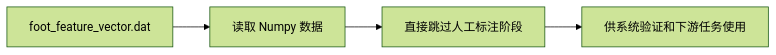
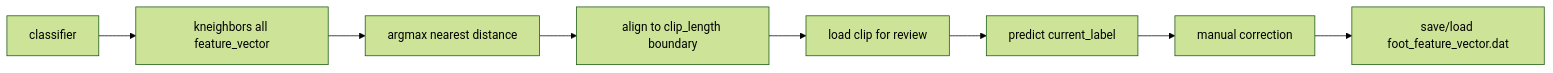
The eighth of 8 diagrams in docs/blog/AnimationPapers/knowing_when_to_put_your_foot_down/README.md (EvihGraphics/AnimationTech-HTC), drawn with Mermaid (forest theme) before and after one commit. The commit also changed other lines of this file and 6 other files, not shown here.

````diff
--- a/docs/blog/AnimationPapers/knowing_when_to_put_your_foot_down/README.md
+++ b/docs/blog/AnimationPapers/knowing_when_to_put_your_foot_down/README.md
@@ -187,6 +196,10 @@
 ```mermaid
 flowchart LR
-    A[foot_feature_vector.dat] --> B[读取 Numpy 数据]
-    B --> C[直接跳过人工标注阶段]
-    C --> D[供系统验证和下游任务使用]
+    A[classifier] --> B[kneighbors all feature_vector]
+    B --> C[argmax nearest distance]
+    C --> D[align to clip_length boundary]
+    D --> E[load clip for review]
+    E --> F[predict current_label]
+    F --> G[manual correction]
+    G --> H[save/load foot_feature_vector.dat]
 ```
````
